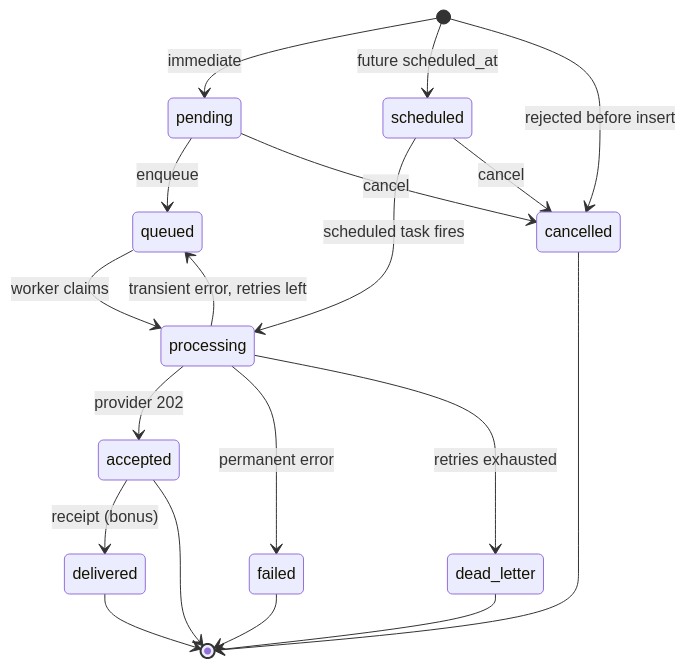
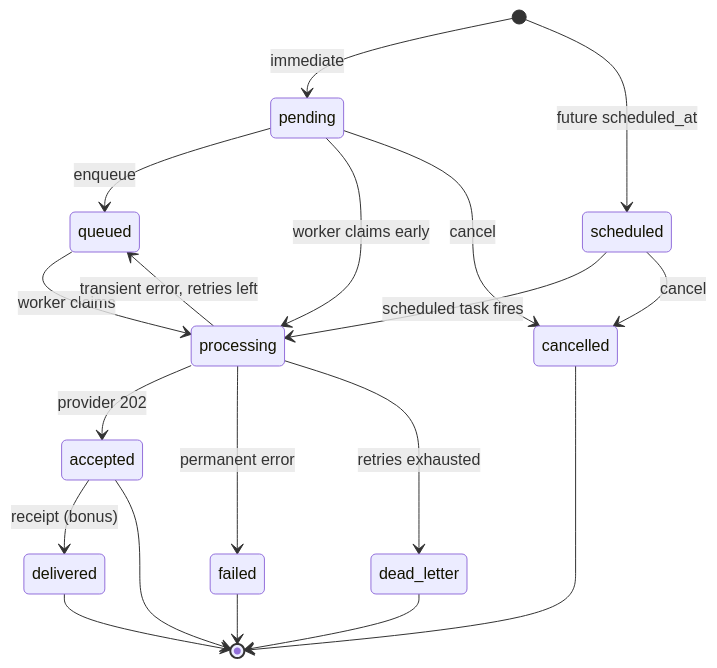
The second of 2 diagrams in docs/domain-model.md (onatozmenn/insider-one-notification-system), drawn with Mermaid before and after one commit. The commit also changed other lines of this file and 15 other files, not shown here.

````diff
--- a/docs/domain-model.md
+++ b/docs/domain-model.md
@@ -90,21 +90,21 @@
 ```mermaid
 stateDiagram-v2
     [*] --> pending: immediate
     [*] --> scheduled: future scheduled_at
-    [*] --> cancelled: rejected before insert
     pending --> queued: enqueue
+    pending --> processing: worker claims early
     pending --> cancelled: cancel
     scheduled --> processing: scheduled task fires
     scheduled --> cancelled: cancel
     queued --> processing: worker claims
     processing --> accepted: provider 202
     processing --> queued: transient error, retries left
     processing --> failed: permanent error
     processing --> dead_letter: retries exhausted
     accepted --> delivered: receipt (bonus)
     accepted --> [*]
     failed --> [*]
     cancelled --> [*]
     dead_letter --> [*]
     delivered --> [*]
 ```
````
